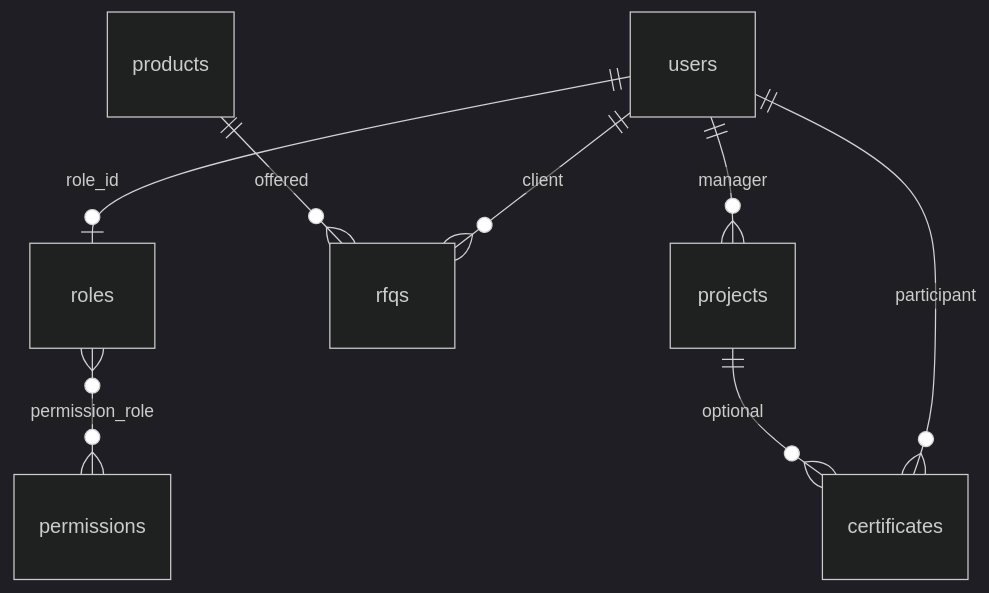
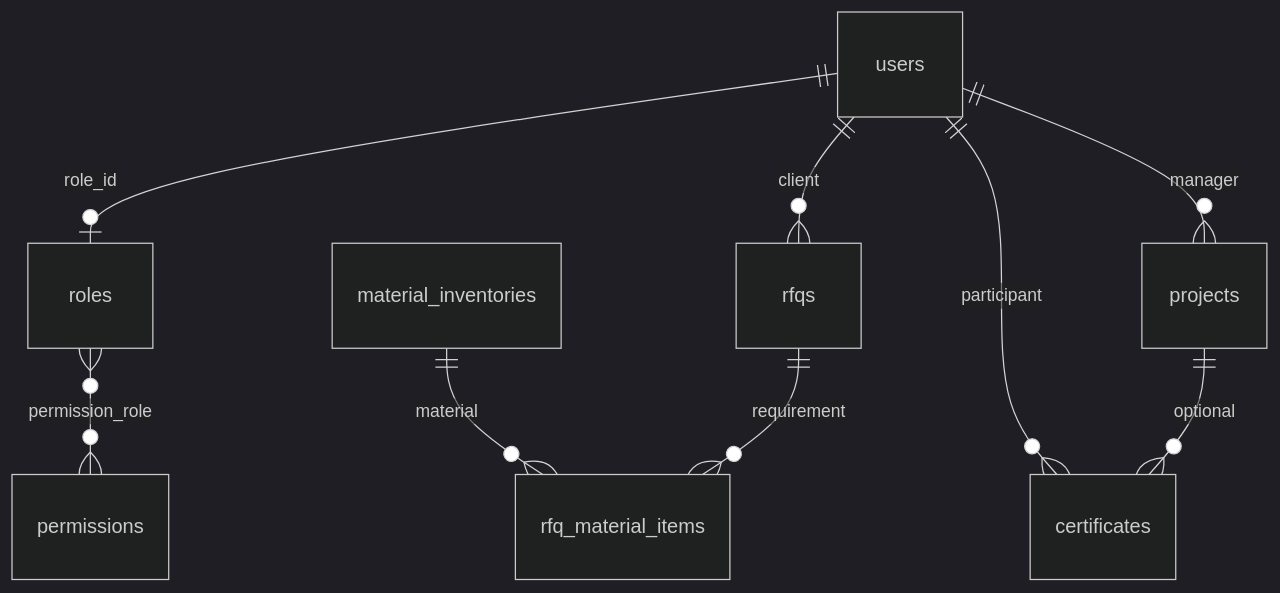
Before and after one commit to Ga2ng/integrated_operational_system: the first of 2 diagrams in docs/PROJECT_PLAN.md, drawn with Mermaid (dark theme). The commit also changed other lines of this file and 45 other files, not shown here.

Commit message:
Refactor Catalog and RFQ handling: Replace Product model with MaterialInventory, update RFQ structure to include request titles and material items, and enhance admin dashboard with new inventory metrics. Remove ProductController and adjust related views and permissions accordingly.

````diff
--- a/docs/PROJECT_PLAN.md
+++ b/docs/PROJECT_PLAN.md
@@ -58,10 +58,11 @@
 ```mermaid
 erDiagram
     users ||--o| roles : "role_id"
     roles }o--o{ permissions : "permission_role"
     users ||--o{ rfqs : "client"
-    products ||--o{ rfqs : "offered"
+    material_inventories ||--o{ rfq_material_items : "material"
+    rfqs ||--o{ rfq_material_items : "requirement"
     users ||--o{ certificates : "participant"
     projects ||--o{ certificates : "optional"
     users ||--o{ projects : "manager"
 ```
````
